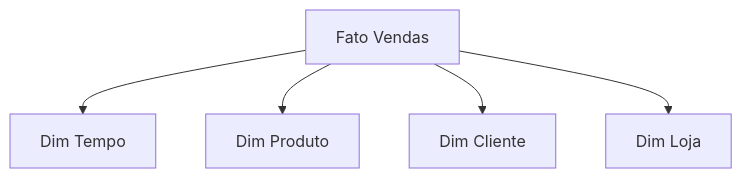
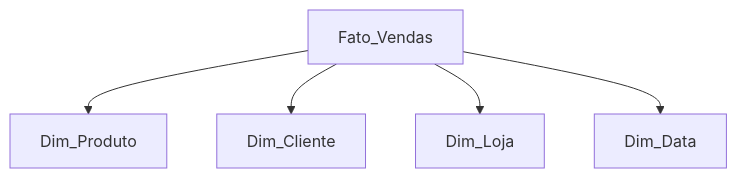
One commit to alloyha/experiments changed the first of 2 diagrams in data/data-modelling-lectures/aulas/04_intro_dimensional/apresentacao.md. Above: the diagram before and after it, drawn with Mermaid. The commit also changed other lines of this file and 60 other files, not shown here.

````diff
--- a/data/data-modelling-lectures/aulas/04_intro_dimensional/apresentacao.md
+++ b/data/data-modelling-lectures/aulas/04_intro_dimensional/apresentacao.md
@@ -32,13 +32,7 @@
 ```mermaid
 graph TD
-    VENDAS[Fato Vendas]
-    TEMPO[Dim Tempo]
-    PRODUTO[Dim Produto]
-    CLIENTE[Dim Cliente]
-    LOJA[Dim Loja]
-
-    VENDAS --> TEMPO
-    VENDAS --> PRODUTO
-    VENDAS --> CLIENTE
-    VENDAS --> LOJA
+F[Fato_Vendas] --> P[Dim_Produto]
+F --> C[Dim_Cliente]
+F --> L[Dim_Loja]
+F --> D[Dim_Data]
 ```
````
